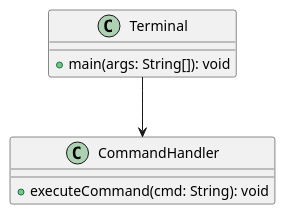
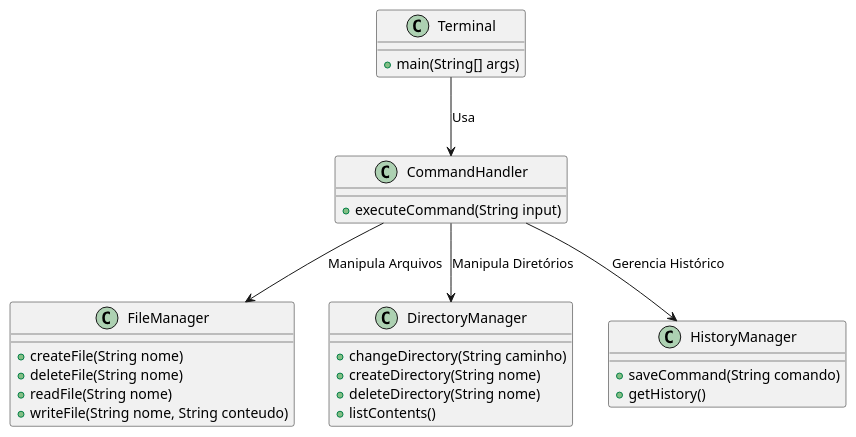
One commit to nashnaeu/projeto-terminal-java changed the diagram in docs/uml/diagrama.puml. Above: the diagram before and after it, drawn with PlantUML. The commit also changed 2 other files, not shown here.

Commit message:
Att. README.md<Diagrama De Classe Final.1>

```diff
--- a/docs/uml/diagrama.puml
+++ b/docs/uml/diagrama.puml
@@ -1,11 +1,34 @@
 @startuml diagrama
 class Terminal {
-    +main(args: String[]): void
+    +main(String[] args)
 }
 
 class CommandHandler {
-    +executeCommand(cmd: String): void
+    +executeCommand(String input)
 }
 
-Terminal --> CommandHandler
+class FileManager {
+    +createFile(String nome)
+    +deleteFile(String nome)
+    +readFile(String nome)
+    +writeFile(String nome, String conteudo)
+}
+
+class DirectoryManager {
+    +changeDirectory(String caminho)
+    +createDirectory(String nome)
+    +deleteDirectory(String nome)
+    +listContents()
+}
+
+class HistoryManager {
+    +saveCommand(String comando)
+    +getHistory()
+}
+
+Terminal --> CommandHandler : "Usa"
+CommandHandler --> FileManager : "Manipula Arquivos"
+CommandHandler --> DirectoryManager : "Manipula Diretórios"
+CommandHandler --> HistoryManager : "Gerencia Histórico"
+
 @enduml
```
